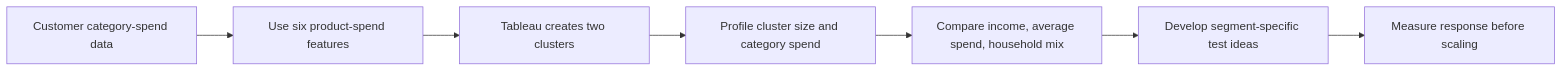
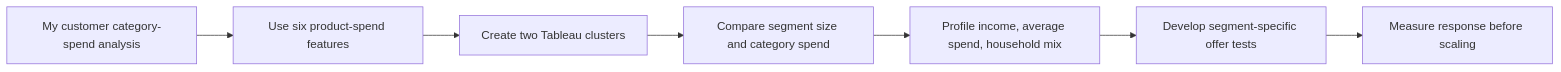
Before and after one commit to vamruthala/customer-segmentation-analysis: the diagram in README.md, drawn with Mermaid. The commit also changed other lines of this file, not shown here.

````diff
--- a/README.md
+++ b/README.md
@@ -13,9 +13,9 @@
 ```mermaid
 flowchart LR
-  A[Customer category-spend data] --> B[Use six product-spend features]
-  B --> C[Tableau creates two clusters]
-  C --> D[Profile cluster size and category spend]
-  D --> E[Compare income, average spend, household mix]
-  E --> F[Develop segment-specific test ideas]
+  A[My customer category-spend analysis] --> B[Use six product-spend features]
+  B --> C[Create two Tableau clusters]
+  C --> D[Compare segment size and category spend]
+  D --> E[Profile income, average spend, household mix]
+  E --> F[Develop segment-specific offer tests]
   F --> G[Measure response before scaling]
 ```
````
